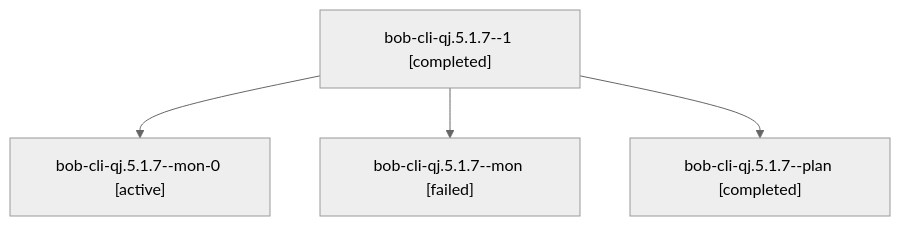
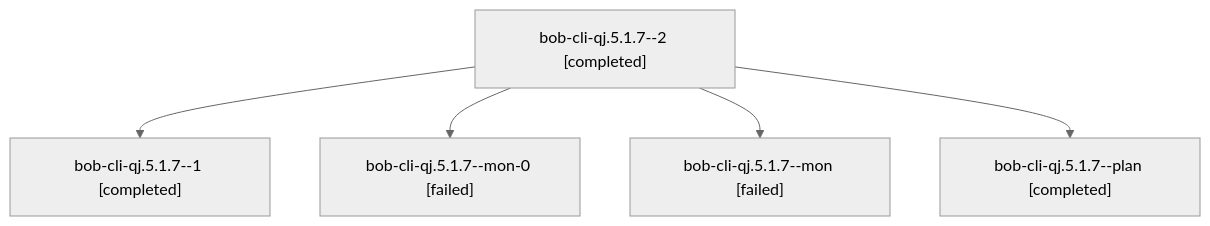
One commit to bobs-org/bob-cli--agents changed the diagram in sessions/bbugyi200.apollo.bob-cli-qj.5.1.7.md. Above: the diagram before and after it, drawn with Mermaid (neutral theme). The commit also changed other lines of this file and 71 other files, not shown here.

````diff
--- a/sessions/bbugyi200.apollo.bob-cli-qj.5.1.7.md
+++ b/sessions/bbugyi200.apollo.bob-cli-qj.5.1.7.md
@@ -9,10 +9,12 @@
 ```mermaid
 flowchart TD
-  n0["bob-cli-qj.5.1.7--1 [completed]"]
-  n1["bob-cli-qj.5.1.7--mon-0 [active]"]
+  n0["bob-cli-qj.5.1.7--2 [completed]"]
+  n1["bob-cli-qj.5.1.7--1 [completed]"]
   n0 --> n1
-  n2["bob-cli-qj.5.1.7--mon [failed]"]
+  n2["bob-cli-qj.5.1.7--mon-0 [failed]"]
   n0 --> n2
-  n3["bob-cli-qj.5.1.7--plan [completed]"]
+  n3["bob-cli-qj.5.1.7--mon [failed]"]
   n0 --> n3
+  n4["bob-cli-qj.5.1.7--plan [completed]"]
+  n0 --> n4
 ```
````
